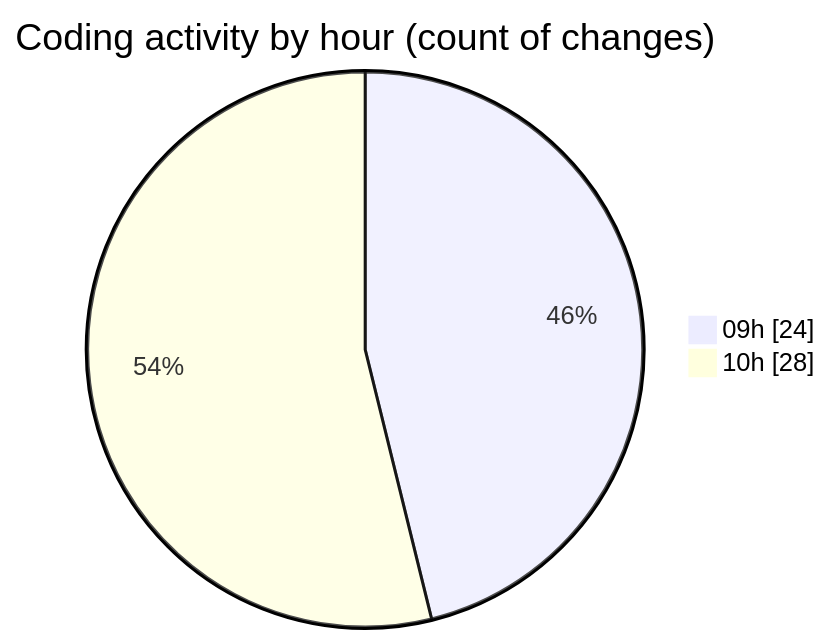
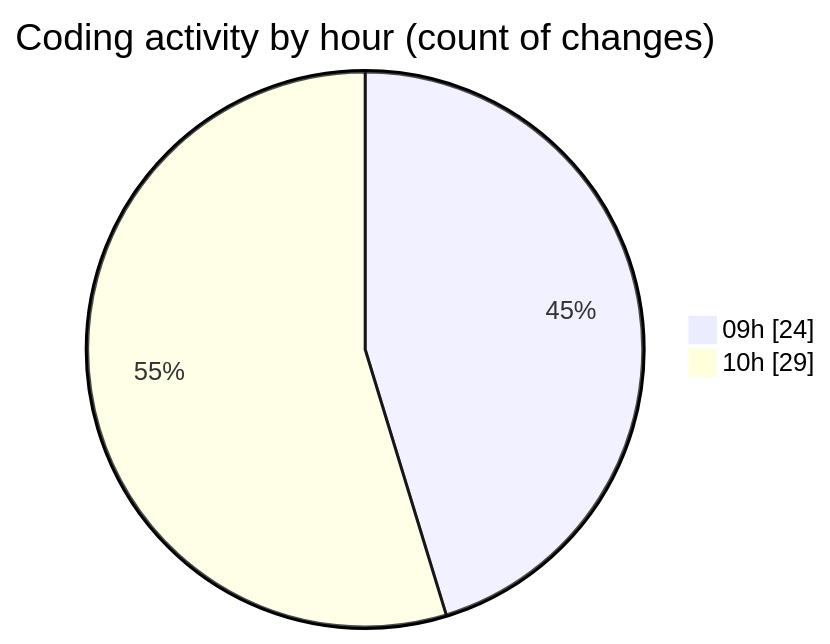
The second of 2 diagrams in 2025-05-08/myws__workspace_/README.md (MatusMokan/code-tracking), drawn with Mermaid before and after one commit. The commit also changed other lines of this file and 1 other file, not shown here.

````diff
--- a/2025-05-08/myws__workspace_/README.md
+++ b/2025-05-08/myws__workspace_/README.md
@@ -30,6 +30,6 @@
 ```mermaid
 pie showData
 title Coding activity by hour (count of changes)
 "09h" : 24
-"10h" : 28
+"10h" : 29
 ```
````
